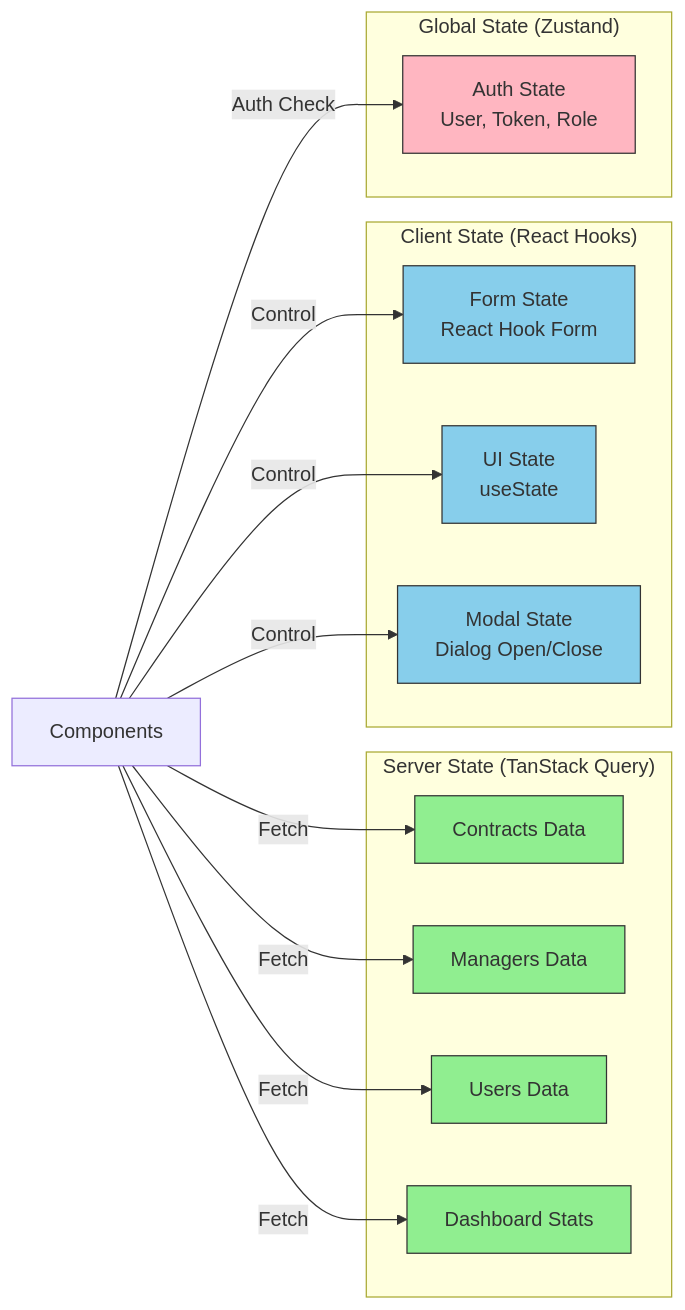
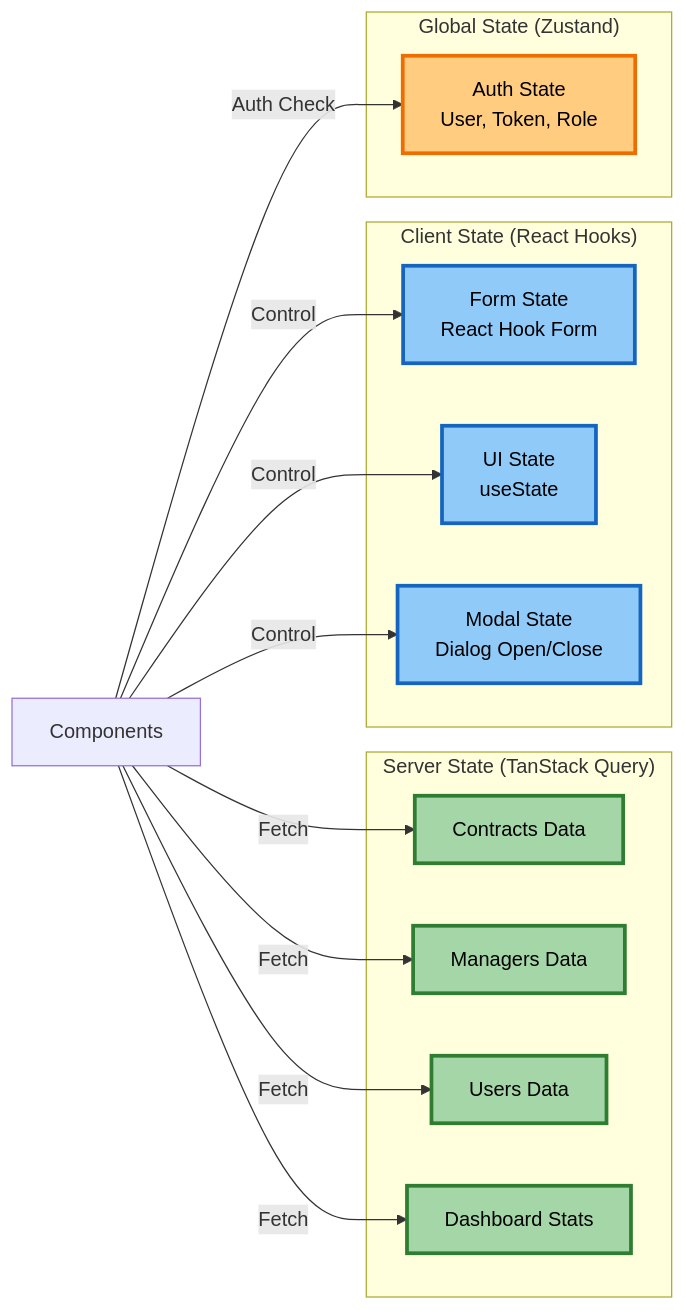
Before and after one commit to DonatoCorbacioDev/bcm-v2-frontend: the third of 3 diagrams in README.md, drawn with Mermaid.

Commit message:
fix: improve State Management Strategy diagram contrast
- Use Material Design colors for better readability
- Force black text on all state boxes (Server/Client/Global)
- Add 3px borders with dark colors
- WCAG AAA compliant contrast ratios

````diff
--- a/README.md
+++ b/README.md
@@ -194,37 +194,37 @@
 ```mermaid
 graph LR
     subgraph "Server State (TanStack Query)"
         A[Contracts Data]
         B[Managers Data]
         C[Users Data]
         D[Dashboard Stats]
     end
     
     subgraph "Client State (React Hooks)"
         E[Form State<br/>React Hook Form]
         F[UI State<br/>useState]
         G[Modal State<br/>Dialog Open/Close]
     end
     
     subgraph "Global State (Zustand)"
         H[Auth State<br/>User, Token, Role]
     end
     
     I[Components] -->|Fetch| A
     I -->|Fetch| B
     I -->|Fetch| C
     I -->|Fetch| D
     I -->|Control| E
     I -->|Control| F
     I -->|Control| G
     I -->|Auth Check| H
     
-    style A fill:#90EE90,stroke:#333
-    style B fill:#90EE90,stroke:#333
-    style C fill:#90EE90,stroke:#333
-    style D fill:#90EE90,stroke:#333
-    style E fill:#87CEEB,stroke:#333
-    style F fill:#87CEEB,stroke:#333
-    style G fill:#87CEEB,stroke:#333
-    style H fill:#FFB6C1,stroke:#333
+    style A fill:#a5d6a7,stroke:#2e7d32,stroke-width:3px,color:#000
+    style B fill:#a5d6a7,stroke:#2e7d32,stroke-width:3px,color:#000
+    style C fill:#a5d6a7,stroke:#2e7d32,stroke-width:3px,color:#000
+    style D fill:#a5d6a7,stroke:#2e7d32,stroke-width:3px,color:#000
+    style E fill:#90caf9,stroke:#1565c0,stroke-width:3px,color:#000
+    style F fill:#90caf9,stroke:#1565c0,stroke-width:3px,color:#000
+    style G fill:#90caf9,stroke:#1565c0,stroke-width:3px,color:#000
+    style H fill:#ffcc80,stroke:#ef6c00,stroke-width:3px,color:#000
 ```
````
